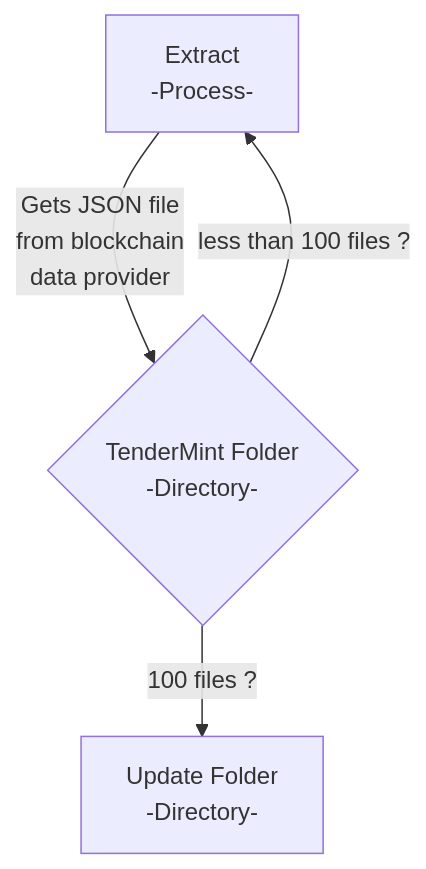
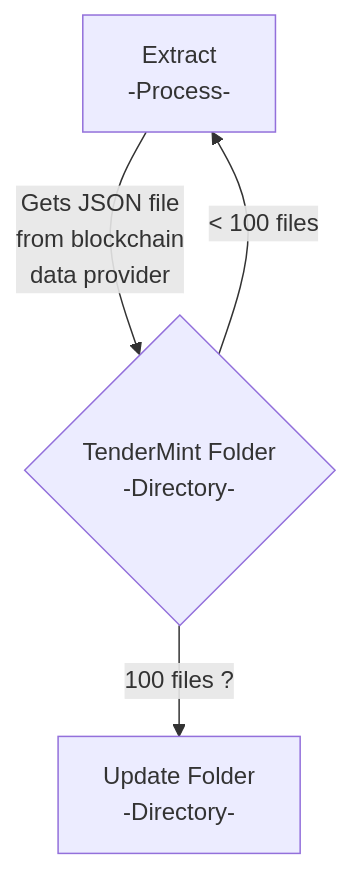
The diagram in README.md (patmcfarland/one), drawn with Mermaid before and after one commit.

````diff
--- a/README.md
+++ b/README.md
@@ -1,8 +1,8 @@
 ```mermaid
 flowchart TD
 A[Extract<br>-Process-]
 A -- Gets JSON file<br>from blockchain<br>data provider --> B
 B{TenderMint Folder<br>-Directory-}
 B -- 100 files ? --> C[Update Folder<br>-Directory-]
-B -- less than 100 files ? --> A
+B -- < 100 files --> A
 ```
````
